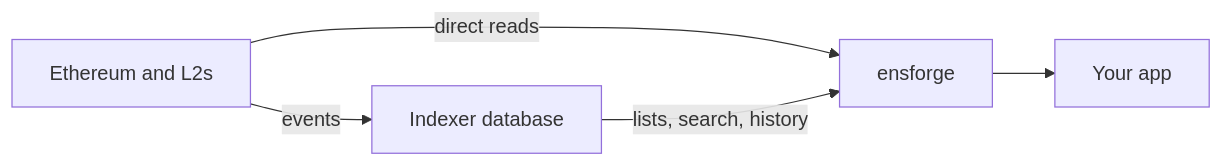
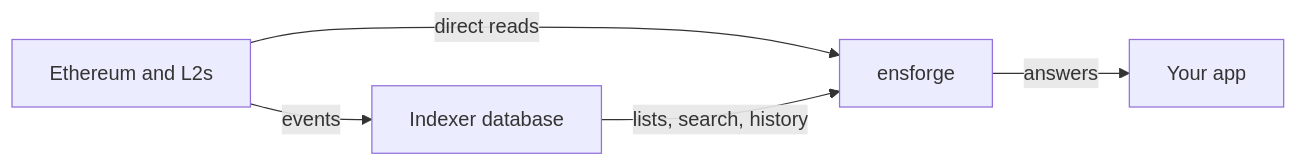
Before and after one commit to thenamespace/ensforge: the diagram in apps/docs/content/docs/sdk/(how-ens-works)/name-lists-and-indexers.mdx, drawn with Mermaid. The commit also changed other lines of this file and 60 other files, not shown here.

Commit message:
docs(sdk): tighten descriptions, fix examples, diagrams and names for 1.0.1

````diff
--- a/apps/docs/content/docs/sdk/(how-ens-works)/name-lists-and-indexers.mdx
+++ b/apps/docs/content/docs/sdk/(how-ens-works)/name-lists-and-indexers.mdx
@@ -27,7 +26,7 @@
 ```mermaid
 flowchart LR
   C[Ethereum and L2s] -->|events| I[Indexer database]
   C -->|direct reads| S[ensforge]
   I -->|lists, search, history| S
-  S --> A[Your app]
+  S -->|answers| A[Your app]
 ```
````
